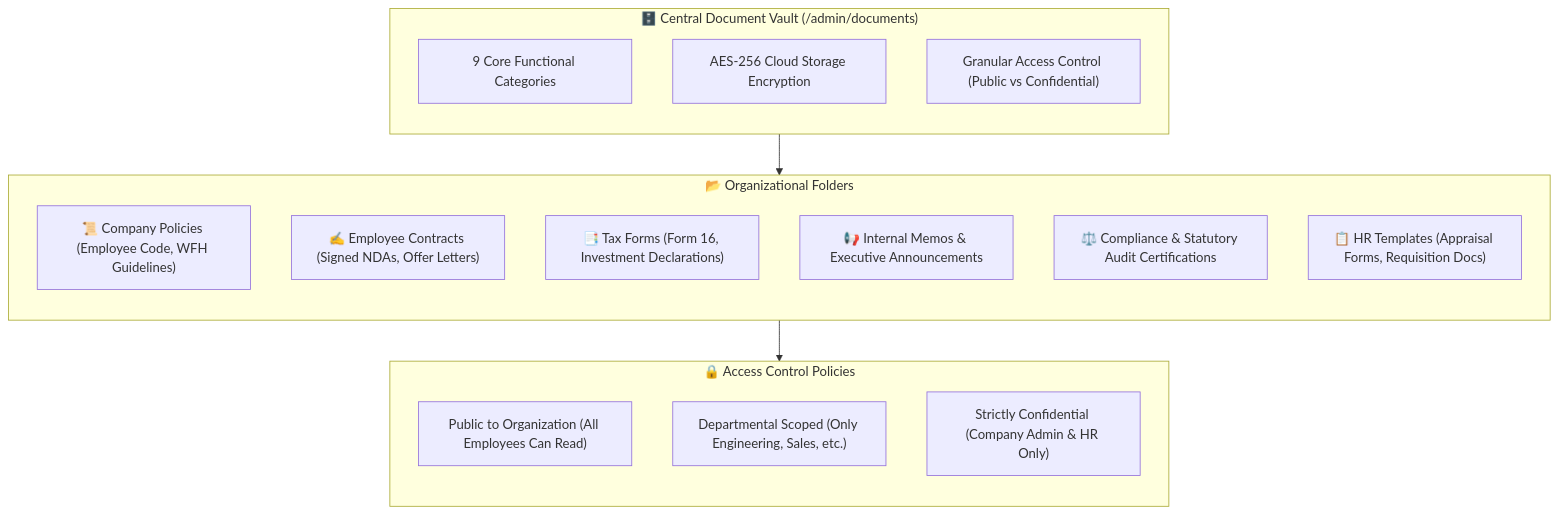
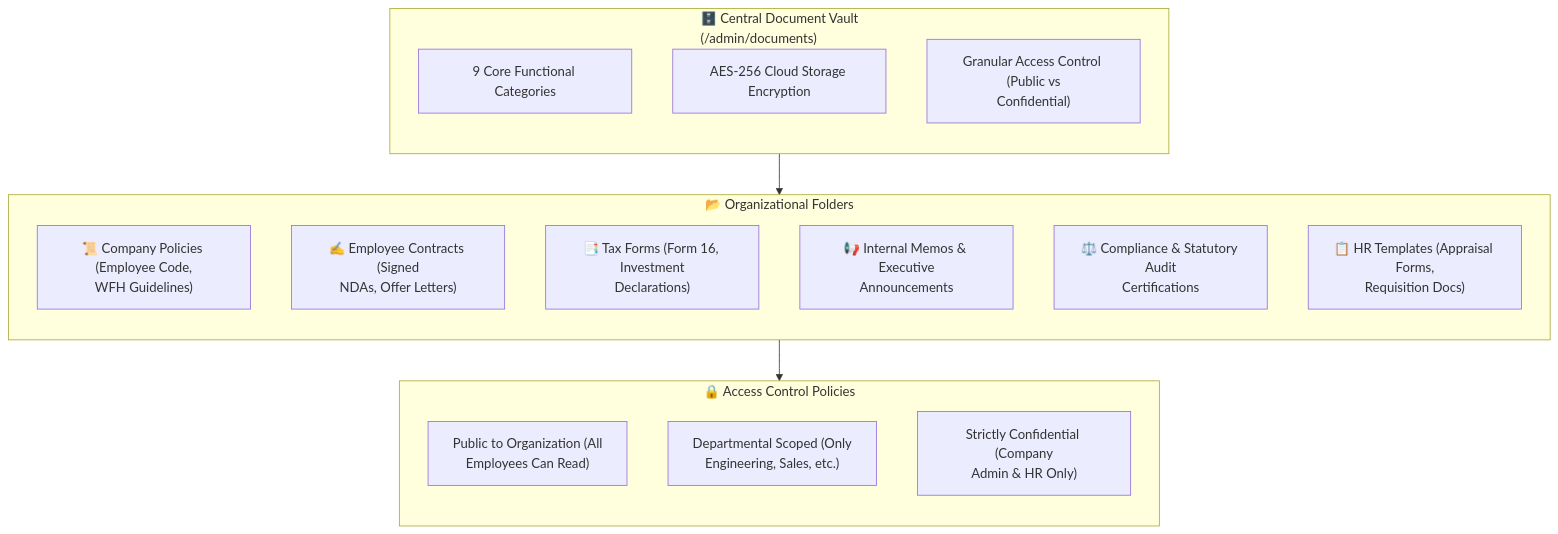
The diagram in docs/hrms/documents.md (SRJ-GROUP/hubnest_user_guide), drawn with Mermaid before and after one commit. The commit also changed 161 other files, not shown here.

Commit message:
feat: complete HubMeet suite, supervisor portal docs, diagram fixes, and interactive eye-button zoom modal

````diff
--- a/docs/hrms/documents.md
+++ b/docs/hrms/documents.md
@@ -24,29 +24,29 @@
 ```mermaid
 graph TB
-    subgraph StorageLayer["🗄️ Central Document Vault (/admin/documents)"]
+    subgraph StorageLayer["🗄️ Central Document Vault<br/>(/admin/documents)"]
         direction TB
         D1["9 Core Functional Categories"]
         D2["AES-256 Cloud Storage Encryption"]
-        D3["Granular Access Control (Public vs Confidential)"]
+        D3["Granular Access Control (Public vs<br/>Confidential)"]
     end
 
     subgraph Categories["📂 Organizational Folders"]
         direction TB
-        C1["📜 Company Policies (Employee Code, WFH Guidelines)"]
-        C2["✍️ Employee Contracts (Signed NDAs, Offer Letters)"]
-        C3["📑 Tax Forms (Form 16, Investment Declarations)"]
-        C4["📢 Internal Memos & Executive Announcements"]
-        C5["⚖️ Compliance & Statutory Audit Certifications"]
-        C6["📋 HR Templates (Appraisal Forms, Requisition Docs)"]
+        C1["📜 Company Policies (Employee Code,<br/>WFH Guidelines)"]
+        C2["✍️ Employee Contracts (Signed<br/>NDAs, Offer Letters)"]
+        C3["📑 Tax Forms (Form 16, Investment<br/>Declarations)"]
+        C4["📢 Internal Memos & Executive<br/>Announcements"]
+        C5["⚖️ Compliance & Statutory Audit<br/>Certifications"]
+        C6["📋 HR Templates (Appraisal Forms,<br/>Requisition Docs)"]
     end
 
     subgraph AccessControls["🔒 Access Control Policies"]
         direction TB
-        A1["Public to Organization (All Employees Can Read)"]
-        A2["Departmental Scoped (Only Engineering, Sales, etc.)"]
-        A3["Strictly Confidential (Company Admin & HR Only)"]
+        A1["Public to Organization (All<br/>Employees Can Read)"]
+        A2["Departmental Scoped (Only<br/>Engineering, Sales, etc.)"]
+        A3["Strictly Confidential (Company<br/>Admin & HR Only)"]
     end
 
     StorageLayer --> Categories
     Categories --> AccessControls
 ```
````
